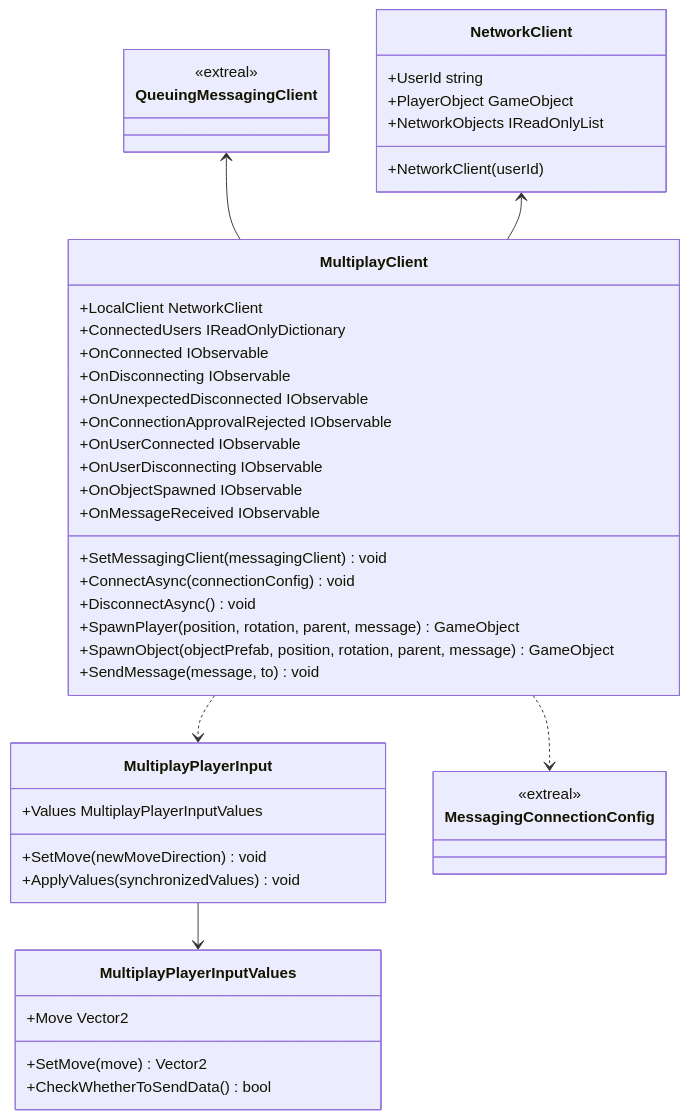
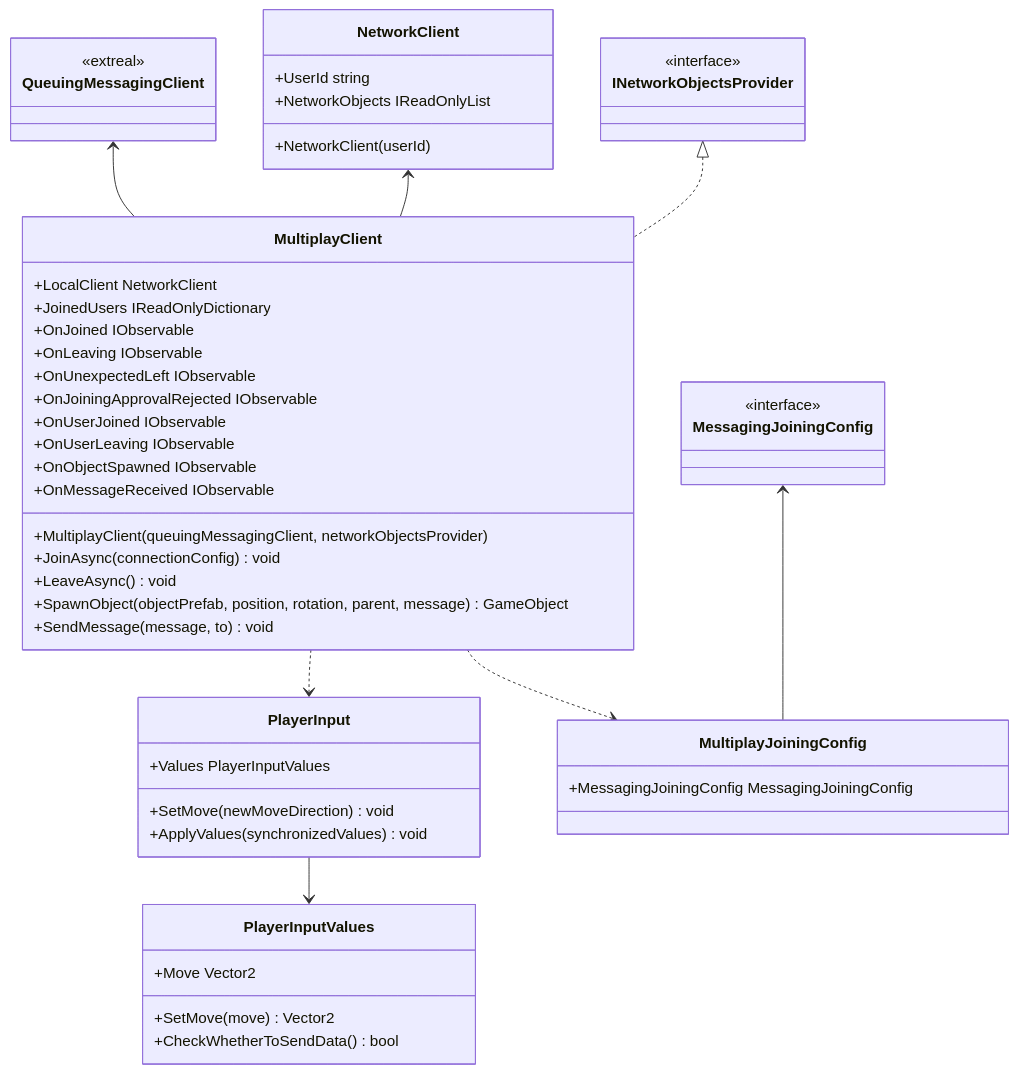
Before and after one commit to extreal-dev/Extreal.Guide: the diagram in docs/integration/multiplay.common.md, drawn with Mermaid. The commit also changed other lines of this file, not shown here.

Commit message:
modify multiply using messaging

````diff
--- a/docs/integration/multiplay.common.md
+++ b/docs/integration/multiplay.common.md
@@ -31,58 +32,66 @@
 ```mermaid
 classDiagram
-    MultiplayClient ..> MultiplayPlayerInput
-    MultiplayClient ..> MessagingConnectionConfig
+    MultiplayClient ..> PlayerInput
+    MultiplayClient ..> MultiplayJoiningConfig
 
     QueuingMessagingClient <-- MultiplayClient
     NetworkClient <-- MultiplayClient
+    MessagingJoiningConfig <-- MultiplayJoiningConfig
+    INetworkObjectsProvider <|.. MultiplayClient
 
-    MultiplayPlayerInput --> MultiplayPlayerInputValues
+    PlayerInput --> PlayerInputValues
 
     class MultiplayClient {
         +LocalClient NetworkClient
-        +ConnectedUsers IReadOnlyDictionary
+        +JoinedUsers IReadOnlyDictionary
 
-        +OnConnected IObservable
-        +OnDisconnecting IObservable
-        +OnUnexpectedDisconnected IObservable
-        +OnConnectionApprovalRejected IObservable
-        +OnUserConnected IObservable
-        +OnUserDisconnecting IObservable
+        +OnJoined IObservable
+        +OnLeaving IObservable
+        +OnUnexpectedLeft IObservable
+        +OnJoiningApprovalRejected IObservable
+        +OnUserJoined IObservable
+        +OnUserLeaving IObservable
         +OnObjectSpawned IObservable
         +OnMessageReceived IObservable
 
-        +SetMessagingClient(messagingClient) void
-        +ConnectAsync(connectionConfig) void
-        +DisconnectAsync() void
-        +SpawnPlayer(position, rotation, parent, message) GameObject
+        +MultiplayClient(queuingMessagingClient, networkObjectsProvider)
+        +JoinAsync(connectionConfig) void
+        +LeaveAsync() void
         +SpawnObject(objectPrefab, position, rotation, parent, message) GameObject
         +SendMessage(message, to) void
     }
 
     class NetworkClient {
         +UserId string
-        +PlayerObject GameObject
         +NetworkObjects IReadOnlyList
         +NetworkClient(userId)
+    }
+
+    class INetworkObjectsProvider {
+        <<interface>>
     }
 
     class QueuingMessagingClient {
         <<extreal>>
     }
 
-    class MultiplayPlayerInput {
-        +Values MultiplayPlayerInputValues
+    class PlayerInput {
+        +Values PlayerInputValues
         +SetMove(newMoveDirection) void
         +ApplyValues(synchronizedValues) void
     }
 
-    class MultiplayPlayerInputValues {
+    class PlayerInputValues {
         +Move Vector2
         +SetMove(move) Vector2
         +CheckWhetherToSendData() bool
     }
 
-    class MessagingConnectionConfig {
-        <<extreal>>
+    class MultiplayJoiningConfig {
+        +MessagingJoiningConfig MessagingJoiningConfig
+    }
+
+    class MessagingJoiningConfig {
+        <<interface>>
     }
 ```
````
